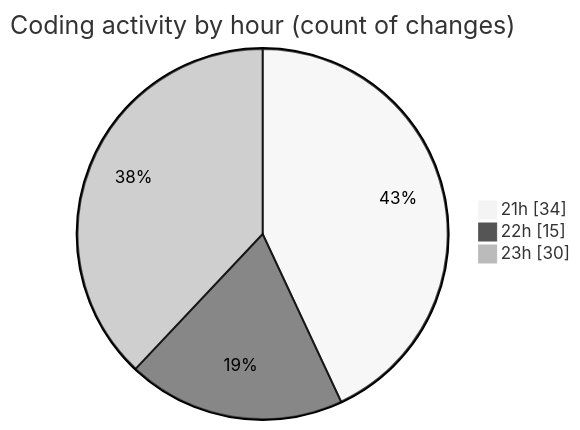
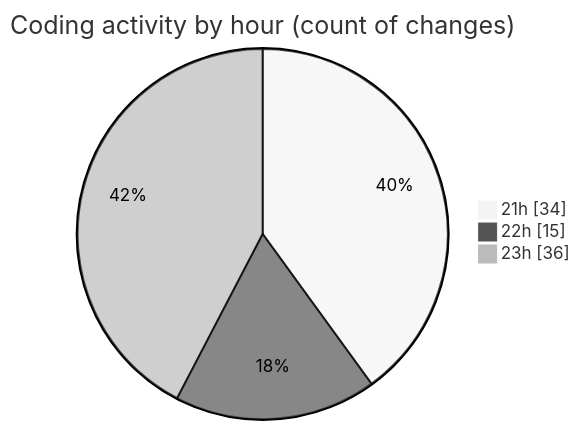
One commit to Ritupan-Deka/code-tracking changed the second of 2 diagrams in 2025-10-31/backend/README.md. Above: the diagram before and after it, drawn with Mermaid (neutral theme). The commit also changed other lines of this file and 1 other file, not shown here.

````diff
--- a/2025-10-31/backend/README.md
+++ b/2025-10-31/backend/README.md
@@ -41,7 +41,7 @@
 ```mermaid
 pie showData
 title Coding activity by hour (count of changes)
 "21h" : 34
 "22h" : 15
-"23h" : 30
+"23h" : 36
 ```
````
